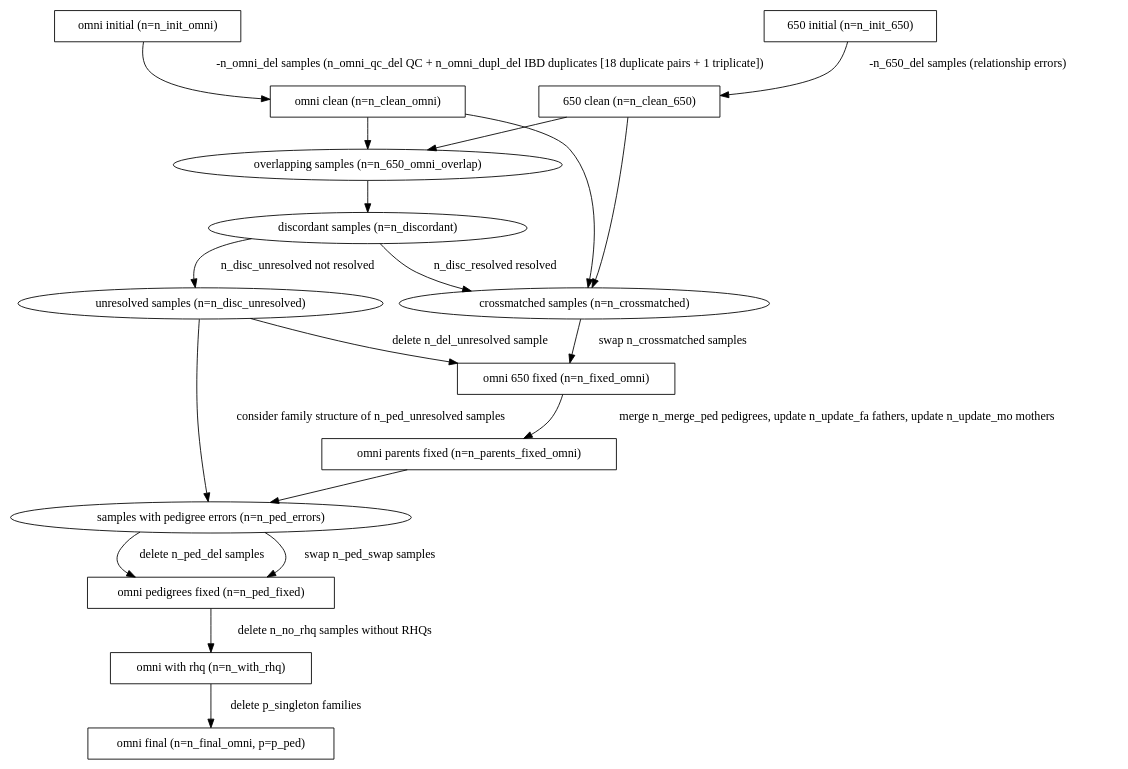
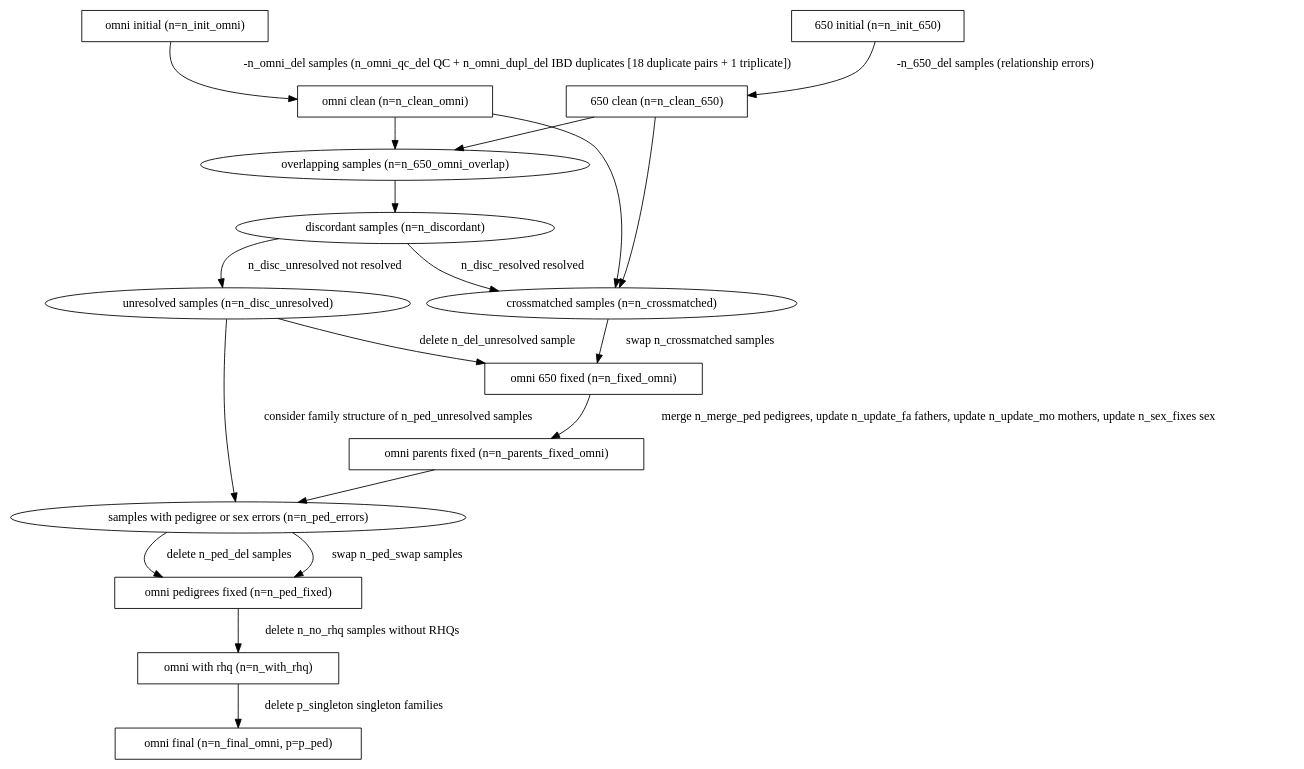
One commit to TOPMed-BAGS/sample_identity changed the diagram in doc/flow.dot. Above: the diagram before and after it, drawn with Graphviz. The commit also changed 2 other files, not shown here.

Commit message:
Corrections to numbers recorded for flow diagram

```diff
--- a/doc/flow.dot
+++ b/doc/flow.dot
@@ -1,37 +1,37 @@
 #!dot
 digraph {
     INIT_SIX       [label="650 initial (n=n_init_650)", shape=box]
     INIT_OMNI      [label="omni initial (n=n_init_omni)", shape=box]
     CLEAN_SIX      [label="650 clean (n=n_clean_650)", shape=box]
     CLEAN_OMNI     [label="omni clean (n=n_clean_omni)", shape=box]
     OVERLAP        [label="overlapping samples (n=n_650_omni_overlap)"]
     DISCORDANT     [label="discordant samples (n=n_discordant)"]
     CROSSMATCH     [label="crossmatched samples (n=n_crossmatched)"]
     UNRESOLVED     [label="unresolved samples (n=n_disc_unresolved)"]
     FIXED_OMNI     [label="omni 650 fixed (n=n_fixed_omni)", shape=box]
     PAR_FIXED_OMNI [label="omni parents fixed (n=n_parents_fixed_omni)", shape=box]
-    PED_ERRORS [label="samples with pedigree errors (n=n_ped_errors)"]
+    PED_ERRORS [label="samples with pedigree or sex errors (n=n_ped_errors)"]
     PED_FIXED_OMNI [label="omni pedigrees fixed (n=n_ped_fixed)", shape=box]
     PED_WITH_OMNI  [label="omni with rhq (n=n_with_rhq)", shape=box]
     FINAL_OMNI     [label="omni final (n=n_final_omni, p=p_ped)", shape=box]
 
     INIT_SIX       -> CLEAN_SIX [label=" -n_650_del samples (relationship errors)"];
     INIT_OMNI      -> CLEAN_OMNI [label=" -n_omni_del samples (n_omni_qc_del QC + n_omni_dupl_del IBD duplicates [18 duplicate pairs + 1 triplicate])"];
     CLEAN_SIX      -> OVERLAP;
     CLEAN_OMNI     -> OVERLAP;
     OVERLAP        -> DISCORDANT;
     CLEAN_OMNI     -> CROSSMATCH;
     CLEAN_SIX      -> CROSSMATCH;
     DISCORDANT     -> CROSSMATCH [label=" n_disc_resolved resolved"];
     DISCORDANT     -> UNRESOLVED [label=" n_disc_unresolved not resolved"];
     CROSSMATCH     -> FIXED_OMNI [label=" swap n_crossmatched samples"];
     UNRESOLVED     -> PED_ERRORS [label=" consider family structure of n_ped_unresolved samples"];
     UNRESOLVED     -> FIXED_OMNI [label=" delete n_del_unresolved sample"];
-    FIXED_OMNI     -> PAR_FIXED_OMNI [label=" merge n_merge_ped pedigrees, update n_update_fa fathers, update n_update_mo mothers"];
+    FIXED_OMNI     -> PAR_FIXED_OMNI [label=" merge n_merge_ped pedigrees, update n_update_fa fathers, update n_update_mo mothers, update n_sex_fixes sex"];
     PAR_FIXED_OMNI -> PED_ERRORS;
     PED_ERRORS     -> PED_FIXED_OMNI [label=" delete n_ped_del samples"];
     PED_ERRORS     -> PED_FIXED_OMNI [label=" swap n_ped_swap samples"];
     PED_FIXED_OMNI -> PED_WITH_OMNI [label=" delete n_no_rhq samples without RHQs"];
-    PED_WITH_OMNI -> FINAL_OMNI [label=" delete p_singleton families"];
+    PED_WITH_OMNI -> FINAL_OMNI [label=" delete p_singleton singleton families"];
 
 }
```
